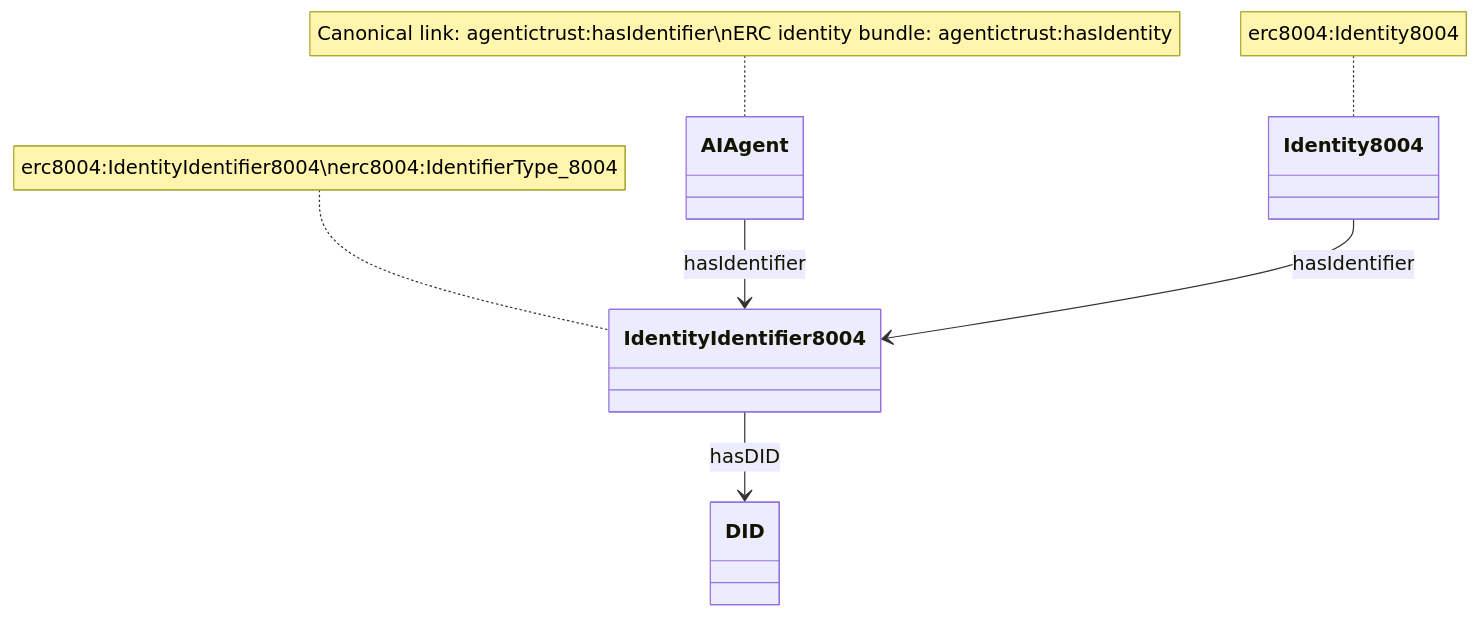
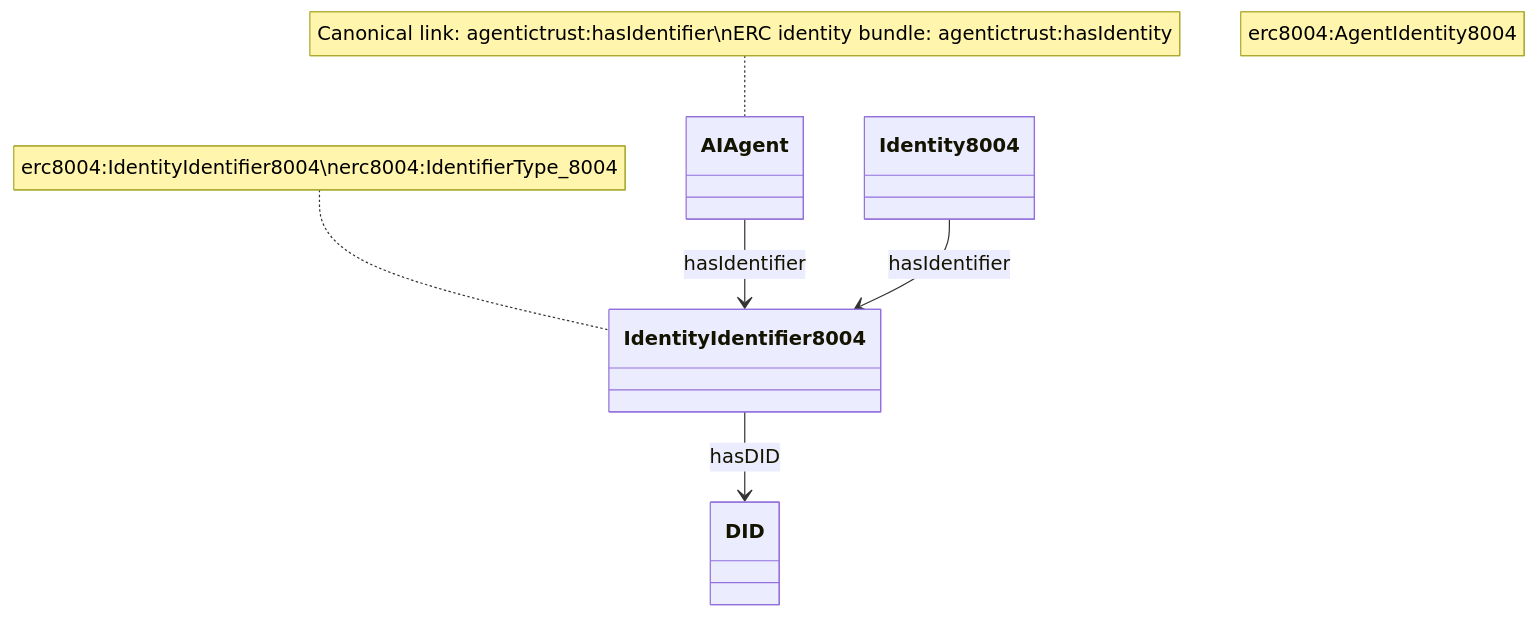
The fifth of 6 diagrams in docs/ontology/identifiers.md (Agentic-Trust-Layer/agent-explorer), drawn with Mermaid before and after one commit. The commit also changed other lines of this file and 10 other files, not shown here.

Commit message:
update adding agent to front of Identity and Name

````diff
--- a/docs/ontology/identifiers.md
+++ b/docs/ontology/identifiers.md
@@ -188,15 +188,15 @@
 ```mermaid
 classDiagram
     class AIAgent
     class Identity8004
     class IdentityIdentifier8004
     class DID
     
     AIAgent --> IdentityIdentifier8004 : hasIdentifier
     Identity8004 --> IdentityIdentifier8004 : hasIdentifier
     IdentityIdentifier8004 --> DID : hasDID
     
     note for AIAgent "Canonical link: agentictrust:hasIdentifier\nERC identity bundle: agentictrust:hasIdentity"
-    note for Identity8004 "erc8004:Identity8004"
+    note for AgentIdentity8004 "erc8004:AgentIdentity8004"
     note for IdentityIdentifier8004 "erc8004:IdentityIdentifier8004\nerc8004:IdentifierType_8004"
 ```
````
